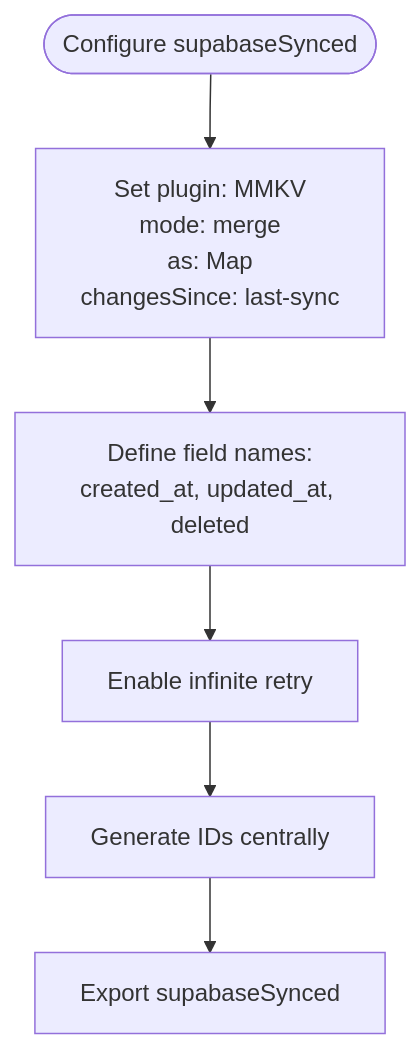
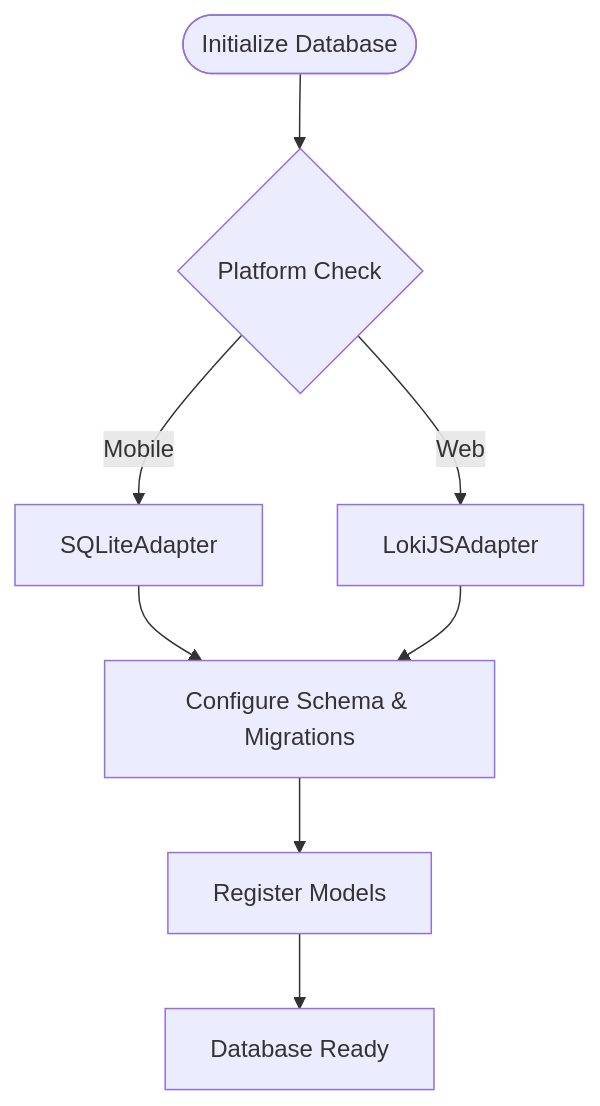
Before and after one commit to karllasouzza/PowerLists: the third of 5 diagrams in .qoder/repowiki/en/content/Architecture Overview/State Management Architecture.md, drawn with Mermaid. The commit also changed other lines of this file and 5 other files, not shown here.

````diff
--- a/.qoder/repowiki/en/content/Architecture Overview/State Management Architecture.md
+++ b/.qoder/repowiki/en/content/Architecture Overview/State Management Architecture.md
@@ -169,8 +162,10 @@
 ```mermaid
 flowchart TD
-Start(["Configure supabaseSynced"]) --> Setup["Set plugin: MMKV<br/>mode: merge<br/>as: Map<br/>changesSince: last-sync"]
-Setup --> Fields["Define field names:<br/>created_at, updated_at, deleted"]
-Fields --> Retry["Enable infinite retry"]
-Retry --> IdGen["Generate IDs centrally"]
-IdGen --> Export["Export supabaseSynced"]
+Start(["Initialize Database"]) --> Platform{"Platform Check"}
+Platform --> |Mobile| SQLite["SQLiteAdapter"]
+Platform --> |Web| LokiJS["LokiJSAdapter"]
+SQLite --> Config["Configure Schema & Migrations"]
+LokiJS --> Config
+Config --> Register["Register Models"]
+Register --> Ready["Database Ready"]
 ```
````
